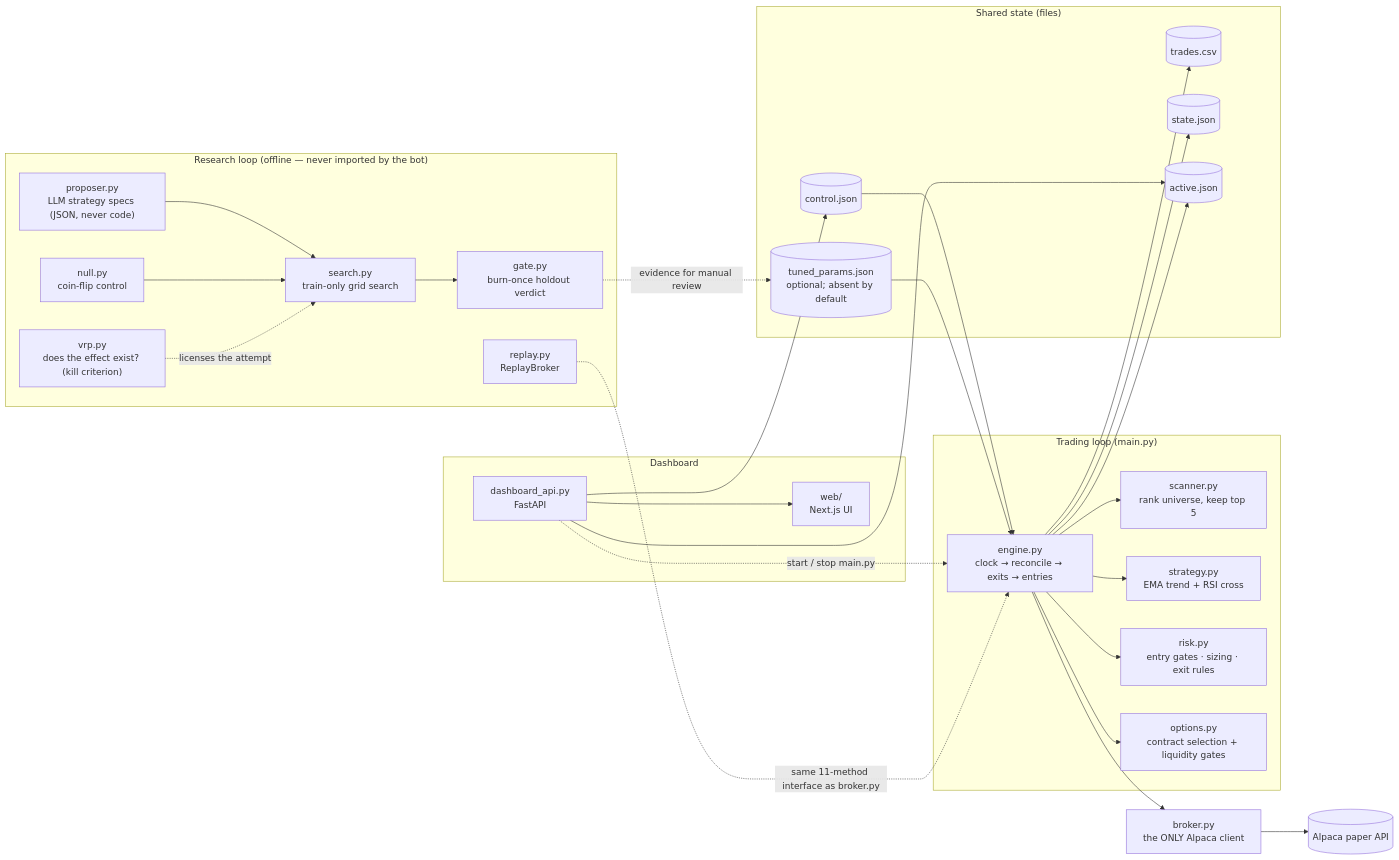
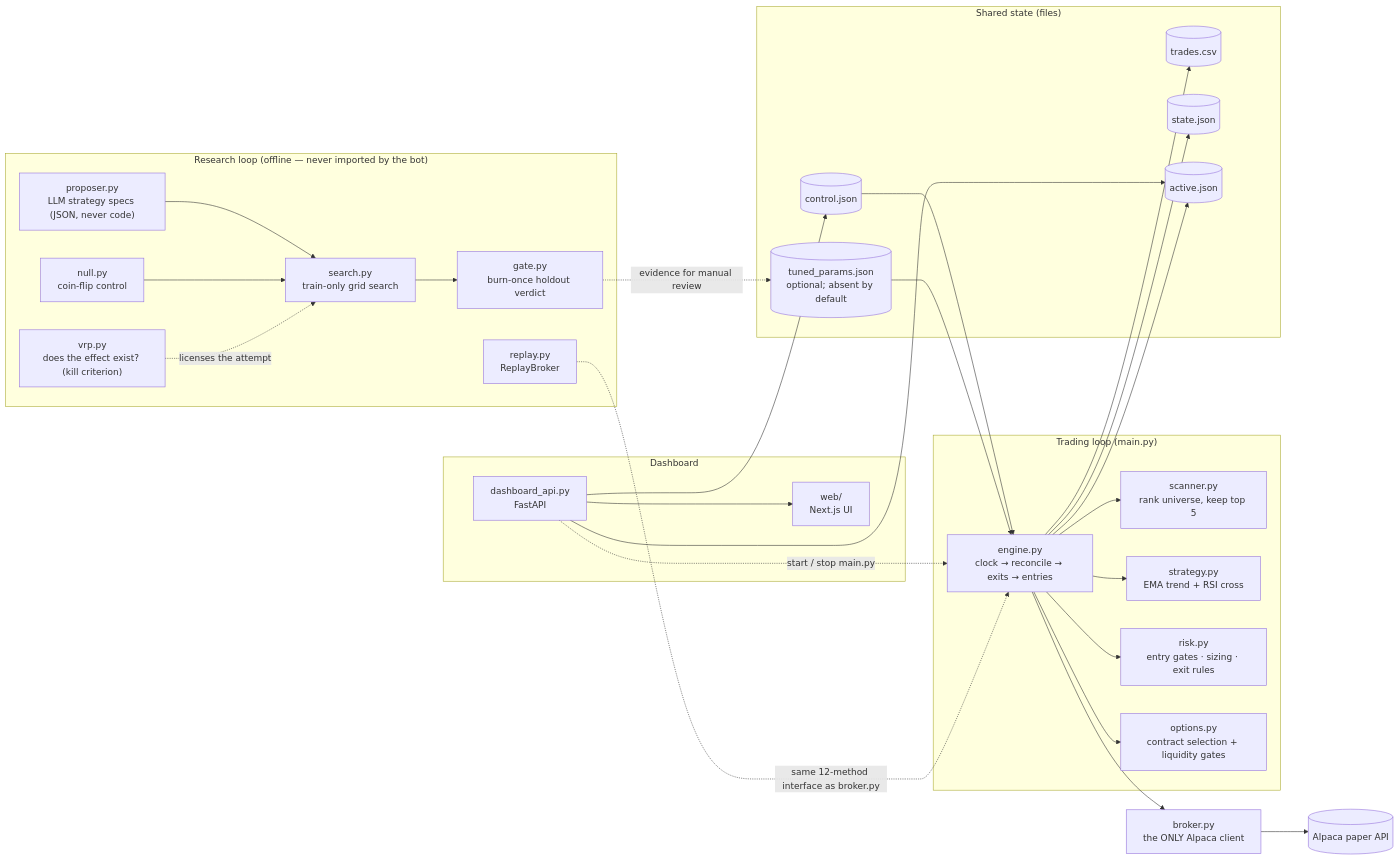
One commit to Manideep728/options-research-harness changed the diagram in README.md. Above: the diagram before and after it, drawn with Mermaid. The commit also changed other lines of this file and 2 other files, not shown here.

First line of the commit message:
Correct the broker interface count from 11 to 12

````diff
--- a/README.md
+++ b/README.md
@@ -89,52 +89,52 @@
 ```mermaid
 flowchart LR
     subgraph loop["Trading loop (main.py)"]
         engine["engine.py<br/>clock → reconcile → exits → entries"]
         scanner["scanner.py<br/>rank universe, keep top 5"]
         strategy["strategy.py<br/>EMA trend + RSI cross"]
         risk["risk.py<br/>entry gates · sizing · exit rules"]
         options["options.py<br/>contract selection + liquidity gates"]
         engine --> scanner
         engine --> strategy
         engine --> risk
         engine --> options
     end
 
     broker["broker.py<br/>the ONLY Alpaca client"]
     alpaca[("Alpaca paper API")]
     engine --> broker --> alpaca
 
     subgraph state["Shared state (files)"]
         journal[("trades.csv")]
         day[("state.json")]
         active[("active.json")]
         control[("control.json")]
         tuned[("tuned_params.json<br/>optional; absent by default")]
     end
     engine --> journal
     engine --> day
     engine --> active
     control --> engine
     tuned --> engine
 
     subgraph dash["Dashboard"]
         api["dashboard_api.py<br/>FastAPI"] --> web["web/<br/>Next.js UI"]
     end
     api --> active
     api --> control
     api -. "start / stop main.py" .-> engine
 
     subgraph research["Research loop (offline — never imported by the bot)"]
         vrpmod["vrp.py<br/>does the effect exist? (kill criterion)"]
         search["search.py<br/>train-only grid search"]
         nullmod["null.py<br/>coin-flip control"]
         replaymod["replay.py<br/>ReplayBroker"]
         gate["gate.py<br/>burn-once holdout verdict"]
         proposer["proposer.py<br/>LLM strategy specs (JSON, never code)"]
         proposer --> search --> gate
         nullmod --> search
         vrpmod -. "licenses the attempt" .-> search
     end
-    replaymod -. "same 11-method interface as broker.py" .-> engine
+    replaymod -. "same 12-method interface as broker.py" .-> engine
     gate -. "evidence for manual review" .-> tuned
 ```
````
